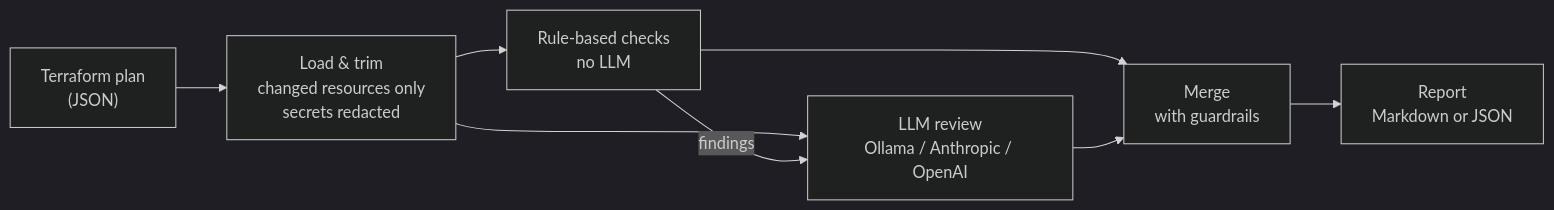
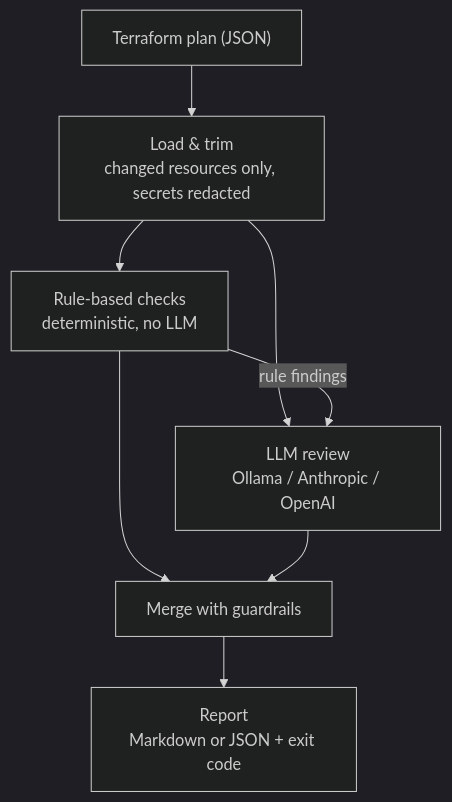
One commit to meirakrish/iac-pr-reviewer changed the diagram in README.md. Above: the diagram before and after it, drawn with Mermaid (dark theme). The commit also changed other lines of this file, not shown here.

First line of the commit message:
README: vertical flowchart, remove WSL notes, fix inaccuracies

````diff
--- a/README.md
+++ b/README.md
@@ -36,10 +36,10 @@
 ```mermaid
-flowchart LR
-    A["Terraform plan<br/>(JSON)"] --> B["Load & trim<br/>changed resources only<br/>secrets redacted"]
-    B --> C["Rule-based checks<br/>no LLM"]
+flowchart TD
+    A["Terraform plan (JSON)"] --> B["Load & trim<br/>changed resources only, secrets redacted"]
+    B --> C["Rule-based checks<br/>deterministic, no LLM"]
     B --> D["LLM review<br/>Ollama / Anthropic / OpenAI"]
-    C -- findings --> D
-    C --> E["Merge<br/>with guardrails"]
+    C -- "rule findings" --> D
+    C --> E["Merge with guardrails"]
     D --> E
-    E --> F["Report<br/>Markdown or JSON"]
+    E --> F["Report<br/>Markdown or JSON + exit code"]
 ```
````
